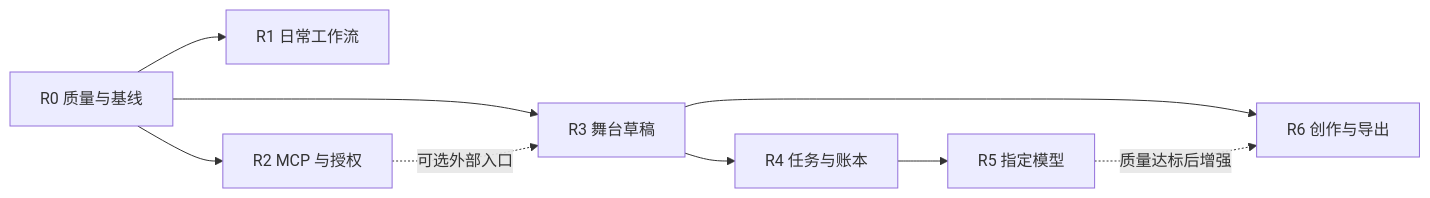
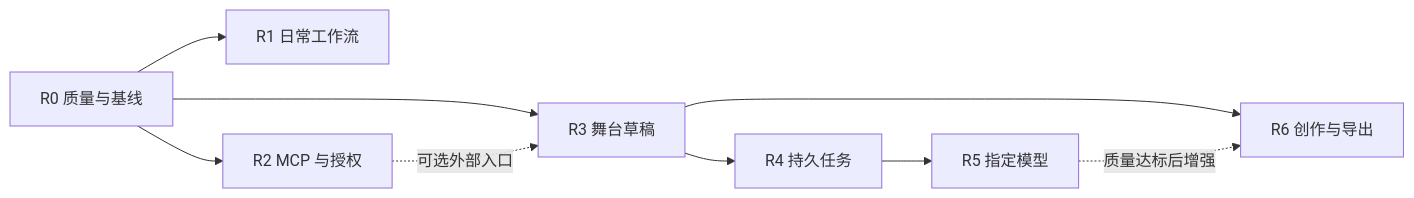
Before and after one commit to onceMisery/hertz-studio: the diagram in docs/product-roadmap.md, drawn with Mermaid. The commit also changed other lines of this file and 104 other files, not shown here.

````diff
--- a/docs/product-roadmap.md
+++ b/docs/product-roadmap.md
@@ -170,11 +172,11 @@
 ```mermaid
 flowchart LR
   R0[R0 质量与基线] --> R1[R1 日常工作流]
   R0 --> R2[R2 MCP 与授权]
   R0 --> R3[R3 舞台草稿]
   R2 -. 可选外部入口 .-> R3
-  R3 --> R4[R4 任务与账本]
+  R3 --> R4[R4 持久任务]
   R4 --> R5[R5 指定模型]
   R3 --> R6[R6 创作与导出]
   R5 -. 质量达标后增强 .-> R6
 ```
````
